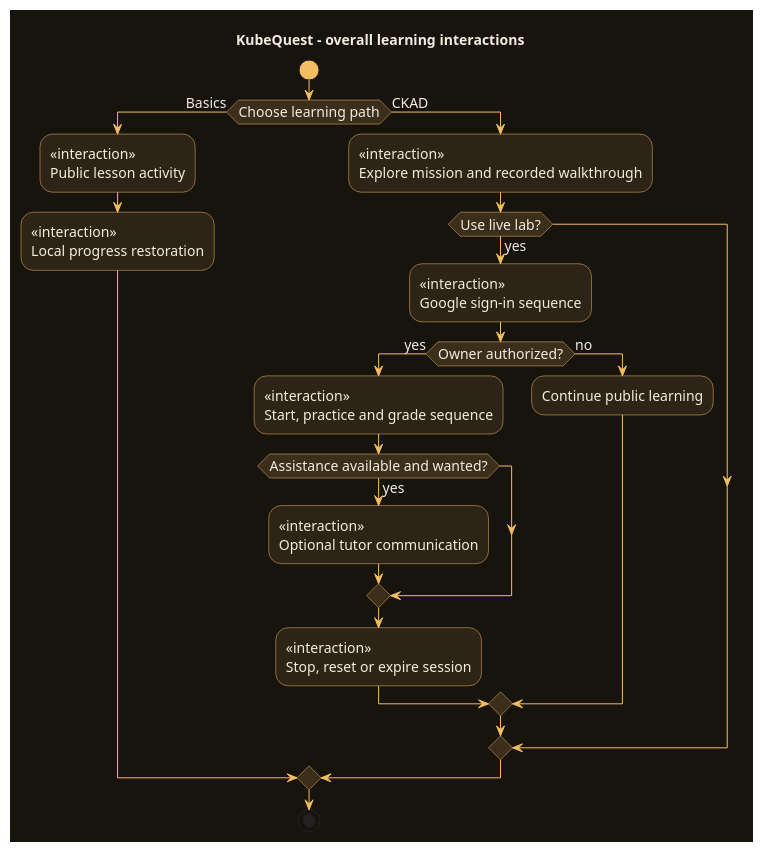
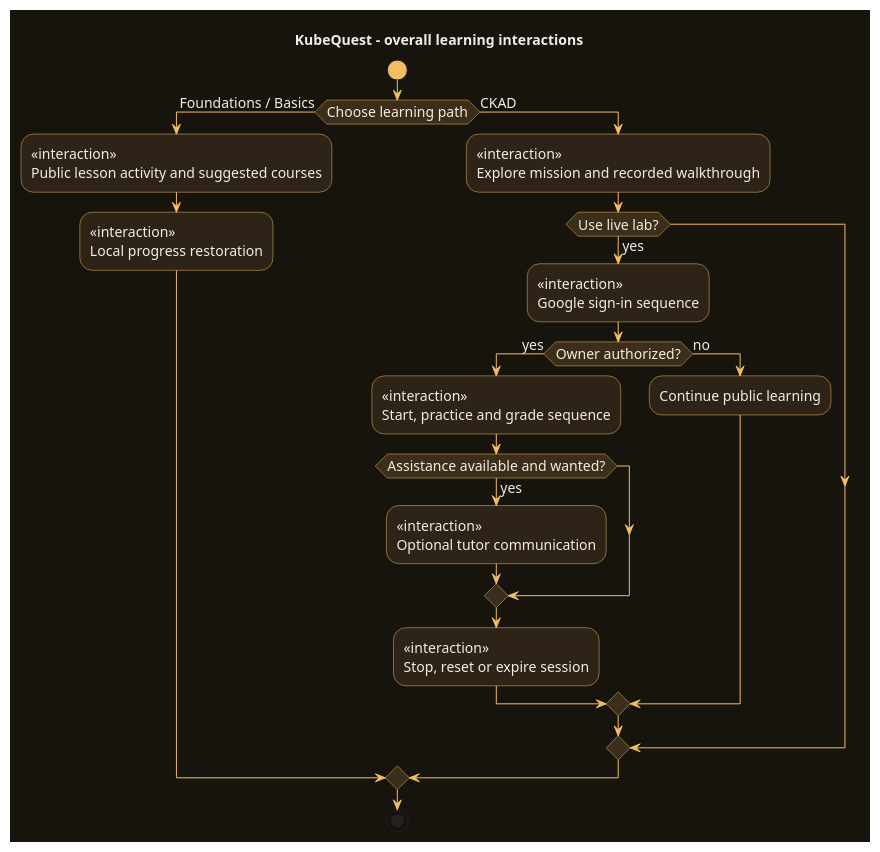
One commit to ramideltoro/kubequest-wiki changed the diagram in diagrams/interaction-overview.puml. Above: the diagram before and after it, drawn with PlantUML. The commit also changed 23 other files, not shown here.

Commit message:
Document foundations path, expanded exercises and responsive local coaching

```diff
--- a/diagrams/interaction-overview.puml
+++ b/diagrams/interaction-overview.puml
@@ -1,92 +1,92 @@
 @startuml
 !pragma layout smetana
 skinparam backgroundColor #17130D
 skinparam defaultFontName SansSerif
 skinparam defaultFontSize 14
 skinparam defaultFontColor #F4ECDF
 skinparam shadowing false
 skinparam ArrowColor #F3BD62
 skinparam LineColor #F3BD62
 skinparam BorderColor #F3BD62
 skinparam defaultBackgroundColor #2D2417
 skinparam classBackgroundColor #2D2417
 skinparam classBorderColor #F3BD62
 skinparam classFontColor #F4ECDF
 skinparam componentBackgroundColor #2D2417
 skinparam componentBorderColor #F3BD62
 skinparam componentFontColor #F4ECDF
 skinparam nodeBackgroundColor #2D2417
 skinparam nodeBorderColor #F3BD62
 skinparam nodeFontColor #F4ECDF
 skinparam packageBackgroundColor #2D2417
 skinparam packageBorderColor #F3BD62
 skinparam packageFontColor #F4ECDF
 skinparam rectangleBackgroundColor #2D2417
 skinparam rectangleBorderColor #F3BD62
 skinparam rectangleFontColor #F4ECDF
 skinparam databaseBackgroundColor #2D2417
 skinparam databaseBorderColor #F3BD62
 skinparam databaseFontColor #F4ECDF
 skinparam cloudBackgroundColor #2D2417
 skinparam cloudBorderColor #F3BD62
 skinparam cloudFontColor #F4ECDF
 skinparam artifactBackgroundColor #2D2417
 skinparam artifactBorderColor #F3BD62
 skinparam artifactFontColor #F4ECDF
 skinparam objectBackgroundColor #2D2417
 skinparam objectBorderColor #F3BD62
 skinparam objectFontColor #F4ECDF
 skinparam stateBackgroundColor #2D2417
 skinparam stateBorderColor #F3BD62
 skinparam stateFontColor #F4ECDF
 skinparam activityBackgroundColor #2D2417
 skinparam activityBorderColor #F3BD62
 skinparam activityFontColor #F4ECDF
 skinparam actorBackgroundColor #2D2417
 skinparam actorBorderColor #F3BD62
 skinparam actorFontColor #F4ECDF
 skinparam usecaseBackgroundColor #2D2417
 skinparam usecaseBorderColor #F3BD62
 skinparam usecaseFontColor #F4ECDF
 skinparam interfaceBackgroundColor #2D2417
 skinparam interfaceBorderColor #F3BD62
 skinparam interfaceFontColor #F4ECDF
 skinparam participantBackgroundColor #2D2417
 skinparam participantBorderColor #F3BD62
 skinparam participantFontColor #F4ECDF
 skinparam classAttributeIconSize 0
 skinparam NoteBackgroundColor #3B2E1A
 skinparam NoteBorderColor #BB9658
 skinparam NoteFontColor #F4ECDF
 skinparam sequenceLifeLineBorderColor #BB9658
 skinparam sequenceLifeLineBackgroundColor #221C13
 skinparam sequenceGroupBackgroundColor #221C13
 skinparam sequenceGroupHeaderFontColor #F4ECDF
 skinparam sequenceGroupBodyBackgroundColor #221C13
 skinparam sequenceDividerBackgroundColor #2D2417
 skinparam sequenceDividerFontColor #F4ECDF
 skinparam activityDiamondBackgroundColor #3B2E1A
 skinparam activityStartColor #F3BD62
 skinparam activityEndColor #F3BD62
 title KubeQuest - overall learning interactions
 start
-if (Choose learning path) then (Basics)
- :<<interaction>>\nPublic lesson activity;
+if (Choose learning path) then (Foundations / Basics)
+ :<<interaction>>\nPublic lesson activity and suggested courses;
  :<<interaction>>\nLocal progress restoration;
 else (CKAD)
  :<<interaction>>\nExplore mission and recorded walkthrough;
  if (Use live lab?) then (yes)
   :<<interaction>>\nGoogle sign-in sequence;
   if (Owner authorized?) then (yes)
    :<<interaction>>\nStart, practice and grade sequence;
    if (Assistance available and wanted?) then (yes)
     :<<interaction>>\nOptional tutor communication;
    endif
    :<<interaction>>\nStop, reset or expire session;
   else (no)
    :Continue public learning;
   endif
  endif
 endif
 stop
 @enduml
```
